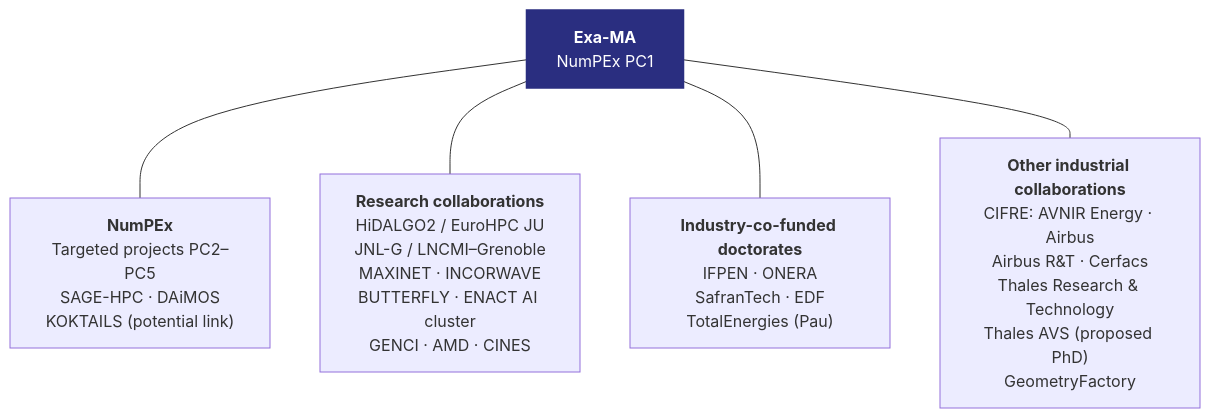
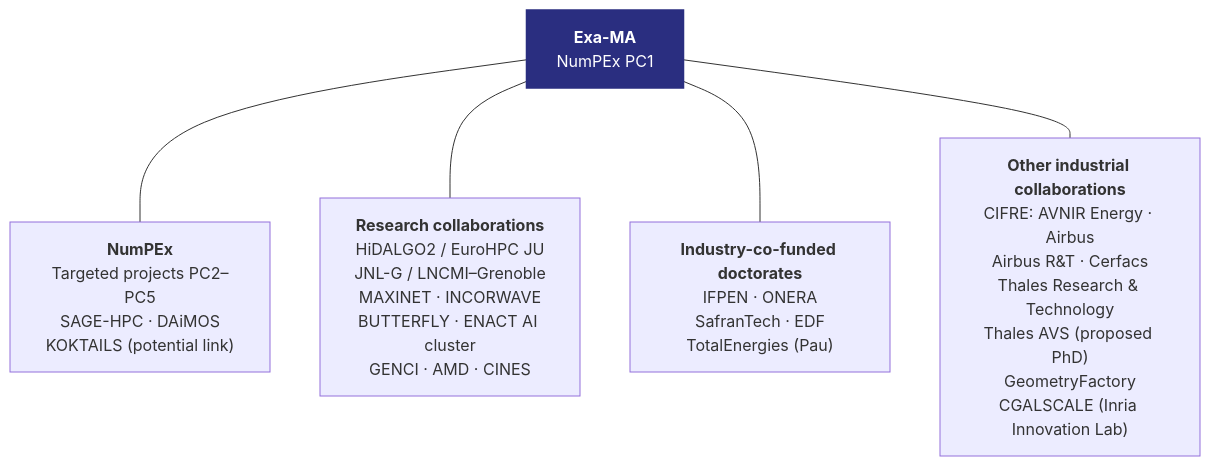
Before and after one commit to numpex/exa-ma-d7.1: the diagram in graphics/management/ecosystem-2026.mmd, drawn with Mermaid. The commit also changed 4 other files, not shown here.

```diff
--- a/graphics/management/ecosystem-2026.mmd
+++ b/graphics/management/ecosystem-2026.mmd
@@ -1,32 +1,33 @@
 %% Based on the research and industrial partnership tables in D0.2.
 flowchart TB
     exama["`**Exa-MA**
 NumPEx PC1`"]
     programme["`**NumPEx**
 Targeted projects PC2–PC5
 SAGE-HPC · DAiMOS
 KOKTAILS (potential link)`"]
     research["`**Research collaborations**
 HiDALGO2 / EuroHPC JU
 JNL-G / LNCMI–Grenoble
 MAXINET · INCORWAVE
 BUTTERFLY · ENACT AI cluster
 GENCI · AMD · CINES`"]
     cofunded["`**Industry-co-funded doctorates**
 IFPEN · ONERA
 SafranTech · EDF
 TotalEnergies (Pau)`"]
     industry["`**Other industrial collaborations**
 CIFRE: AVNIR Energy · Airbus
 Airbus R&T · Cerfacs
 Thales Research & Technology
 Thales AVS (proposed PhD)
-GeometryFactory`"]
+GeometryFactory
+CGALSCALE (Inria Innovation Lab)`"]
 
     exama --- programme
     exama --- research
     exama --- cofunded
     exama --- industry
 
     class exama project
     classDef project fill:#2a2e80,stroke:#2a2e80,stroke-width:1.5px,color:#ffffff
```
